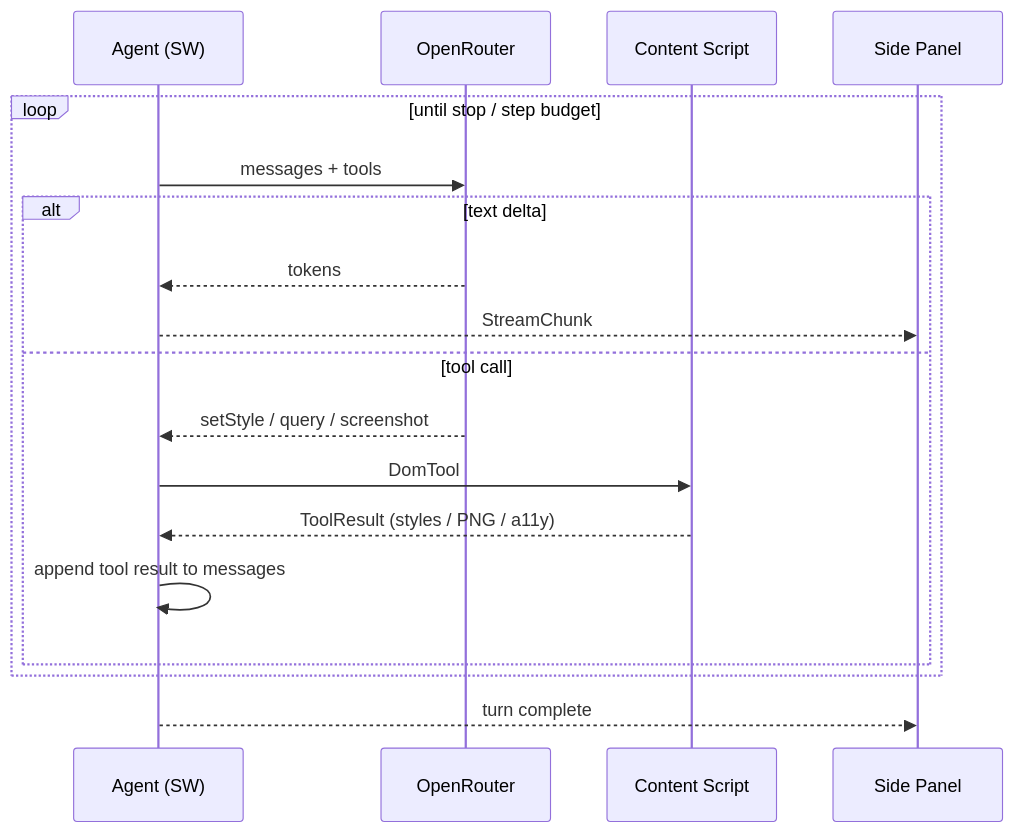
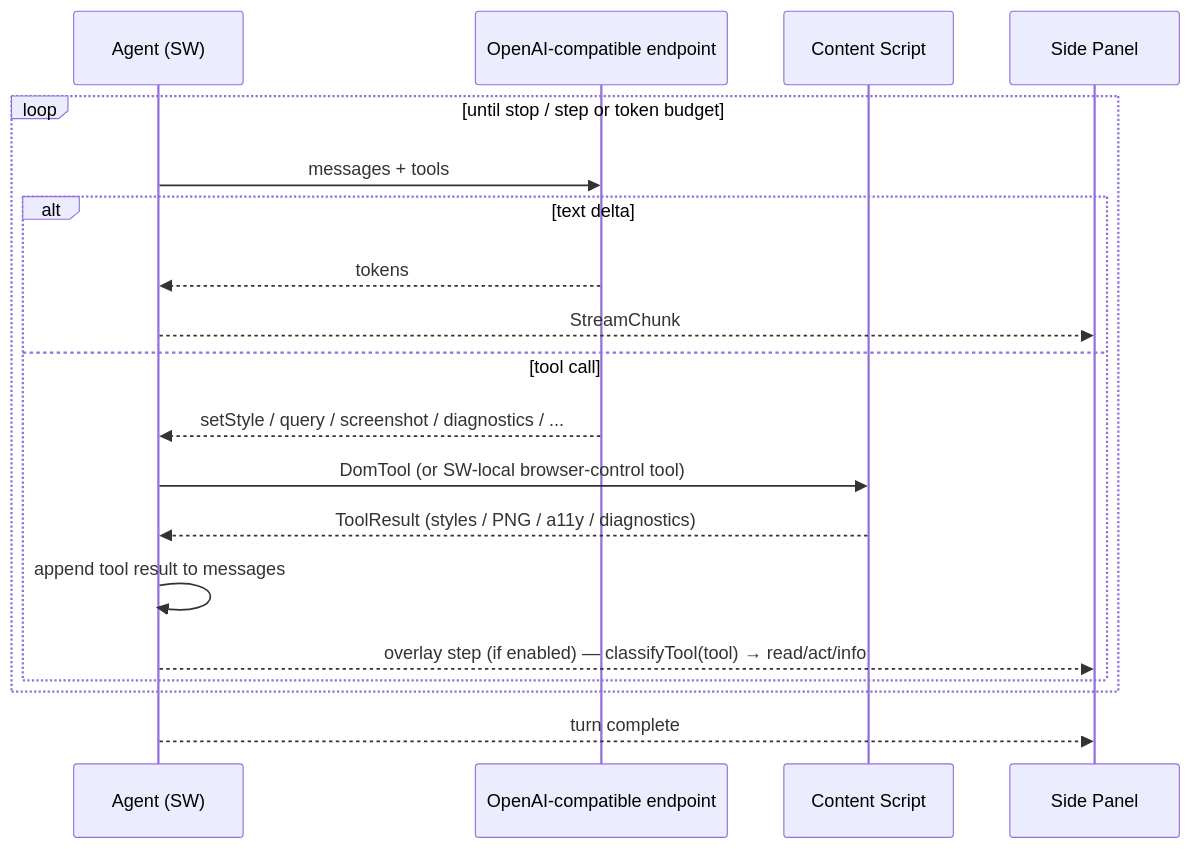
One commit to developerz-ai/ai-designer changed the first of 2 diagrams in docs/architecture/agent-loop.md. Above: the diagram before and after it, drawn with Mermaid. The commit also changed other lines of this file and 21 other files, not shown here.

````diff
--- a/docs/architecture/agent-loop.md
+++ b/docs/architecture/agent-loop.md
@@ -23,21 +32,22 @@
 ```mermaid
 sequenceDiagram
     participant SW as Agent (SW)
-    participant OR as OpenRouter
+    participant LLM as OpenAI-compatible endpoint
     participant CS as Content Script
     participant SP as Side Panel
 
-    loop until stop / step budget
-        SW->>OR: messages + tools
+    loop until stop / step or token budget
+        SW->>LLM: messages + tools
         alt text delta
-            OR-->>SW: tokens
+            LLM-->>SW: tokens
             SW-->>SP: StreamChunk
         else tool call
-            OR-->>SW: setStyle / query / screenshot
-            SW->>CS: DomTool
-            CS-->>SW: ToolResult (styles / PNG / a11y)
+            LLM-->>SW: setStyle / query / screenshot / diagnostics / ...
+            SW->>CS: DomTool (or SW-local browser-control tool)
+            CS-->>SW: ToolResult (styles / PNG / a11y / diagnostics)
             SW->>SW: append tool result to messages
+            SW-->>SP: overlay step (if enabled) — classifyTool(tool) → read/act/info
         end
     end
     SW-->>SP: turn complete
 ```
````
